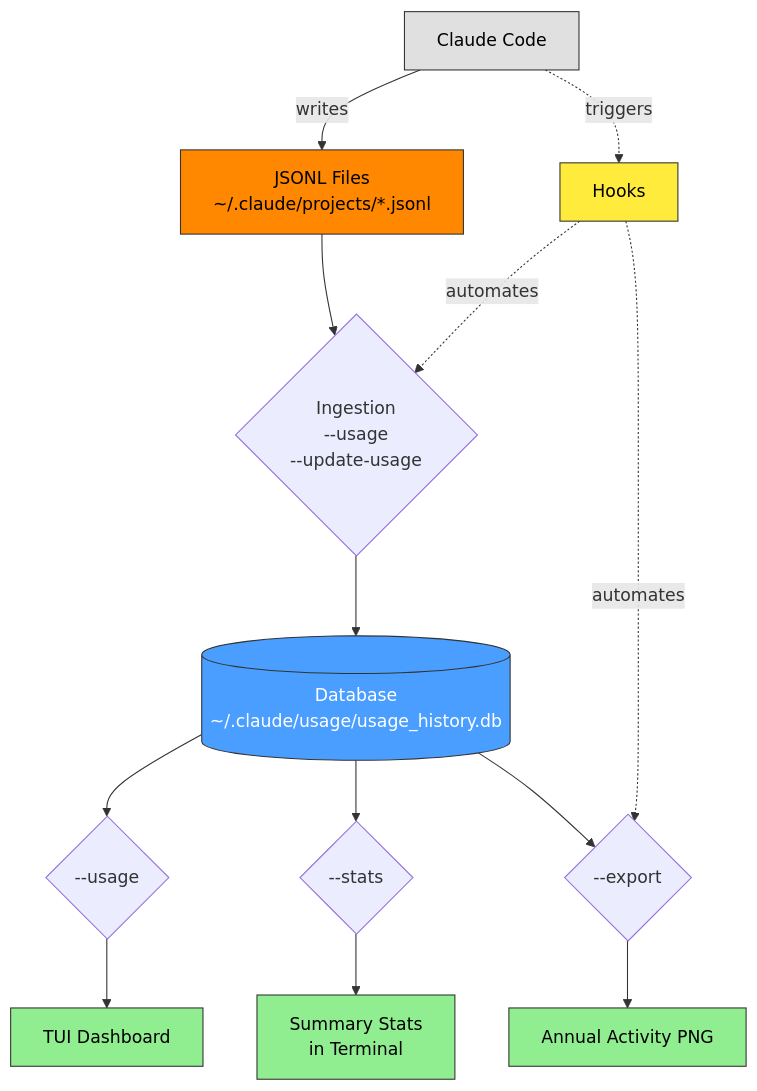
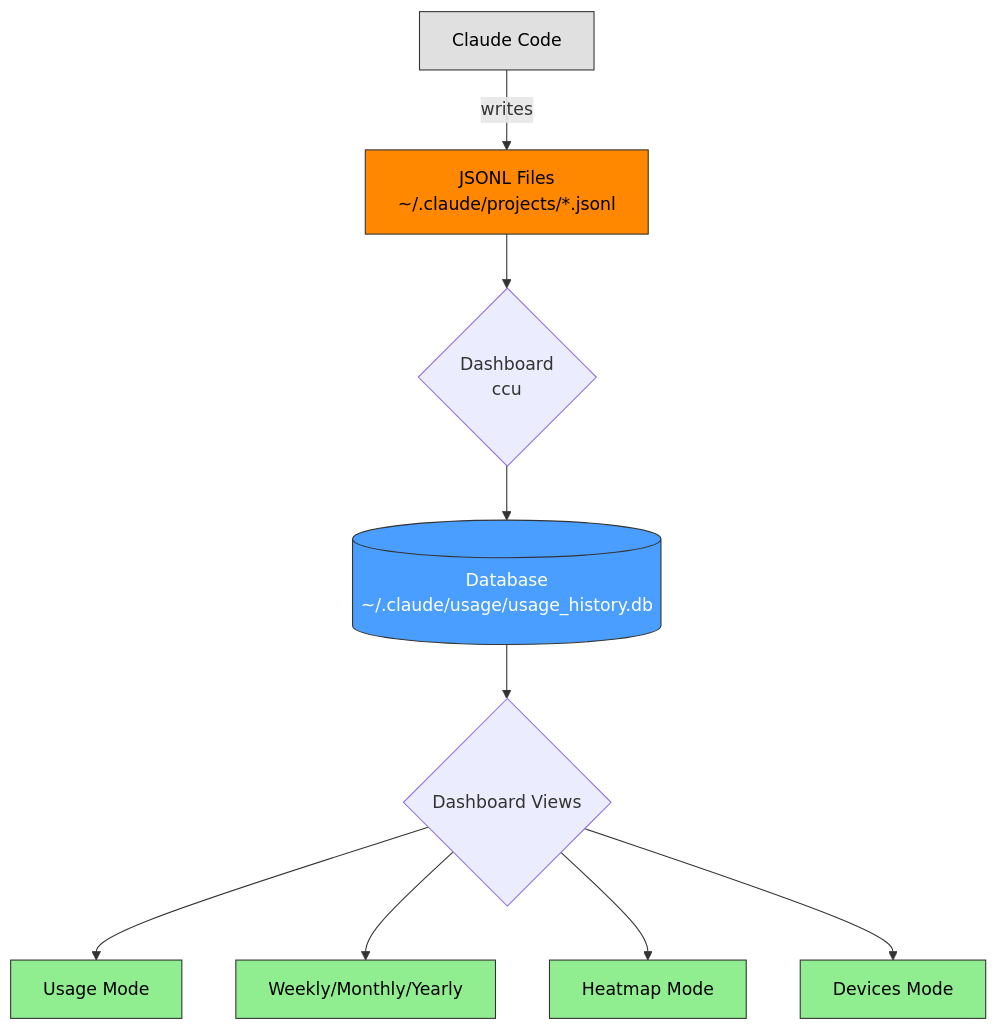
The diagram in README.md (wangtae/claude-goblin-mod), drawn with Mermaid before and after one commit. The commit also changed other lines of this file and 21 other files, not shown here.

````diff
--- a/README.md
+++ b/README.md
@@ -223,28 +173,23 @@
 ```mermaid
 graph TD
     A[Claude Code] -->|writes| B[JSONL Files<br/>~/.claude/projects/*.jsonl]
-    A -.->|triggers| H[Hooks]
 
-    B --> ING{Ingestion<br/>--usage<br/>--update-usage}
-    H -.->|automates| ING
+    B --> ING{Dashboard<br/>ccu}
 
     ING --> DB[(Database<br/>~/.claude/usage/usage_history.db)]
 
-    DB --> CMD1{--usage}
-    DB --> CMD2{--stats}
-    DB --> CMD3{--export}
+    DB --> CMD1{Dashboard Views}
 
-    CMD1 --> OUT1[TUI Dashboard]
-    CMD2 --> OUT2[Summary Stats<br/>in Terminal]
-    CMD3 --> OUT3[Annual Activity PNG]
-
-    H -.->|automates| CMD3
+    CMD1 --> OUT1[Usage Mode]
+    CMD1 --> OUT2[Weekly/Monthly/Yearly]
+    CMD1 --> OUT3[Heatmap Mode]
+    CMD1 --> OUT4[Devices Mode]
 
     style A fill:#e0e0e0,stroke:#333,color:#000
     style B fill:#ff8800,stroke:#333,color:#000
     style DB fill:#4a9eff,stroke:#333,color:#fff
     style OUT1 fill:#90ee90,stroke:#333,color:#000
     style OUT2 fill:#90ee90,stroke:#333,color:#000
     style OUT3 fill:#90ee90,stroke:#333,color:#000
-    style H fill:#ffeb3b,stroke:#333,color:#000
+    style OUT4 fill:#90ee90,stroke:#333,color:#000
 ```
````
